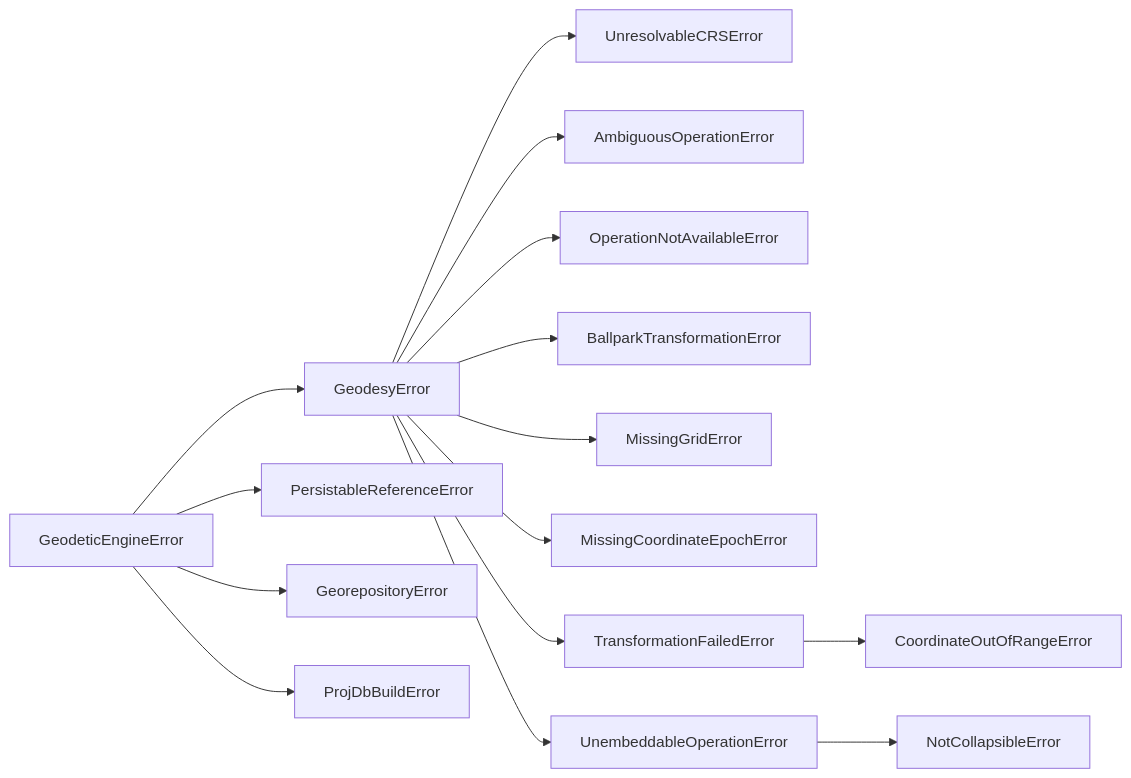
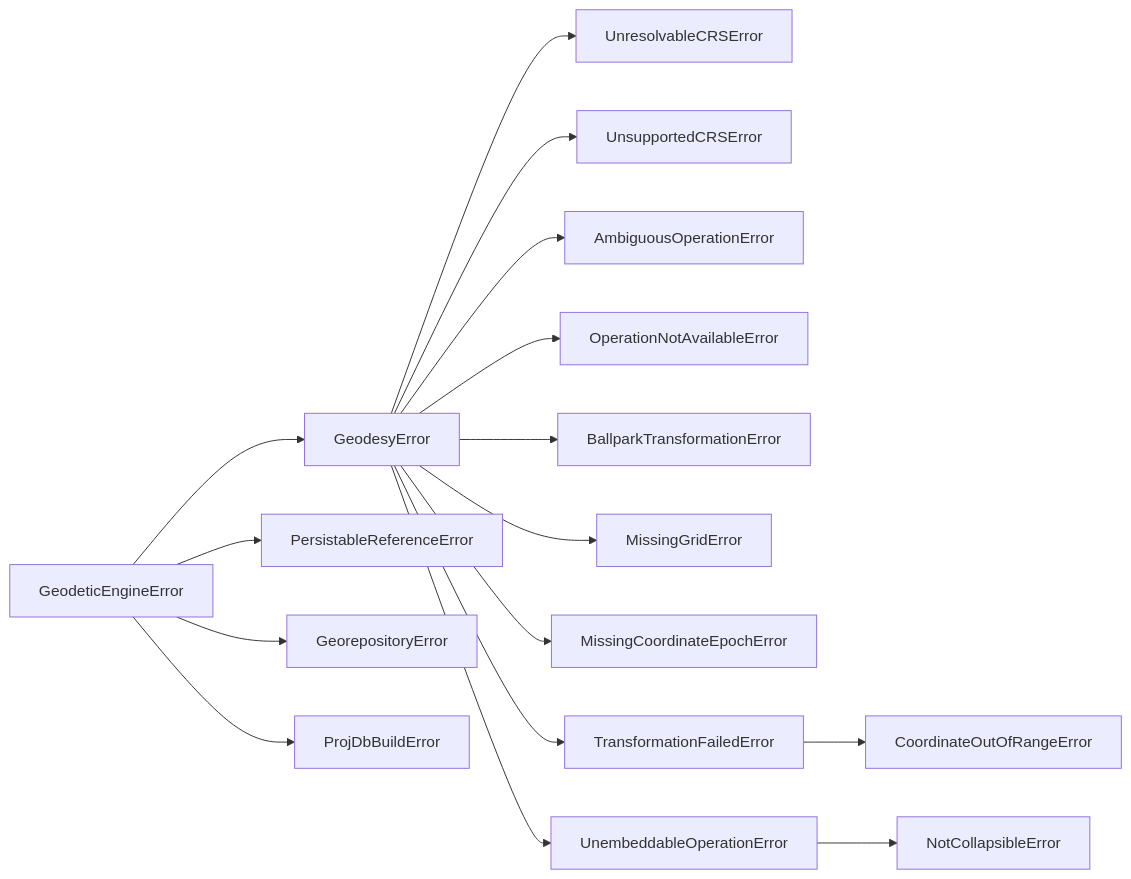
The diagram in docs/user-guide/geodesy/errors.md (equinor/geodetic-engine), drawn with Mermaid before and after one commit. The commit also changed other lines of this file and 80 other files, not shown here.

````diff
--- a/docs/user-guide/geodesy/errors.md
+++ b/docs/user-guide/geodesy/errors.md
@@ -23,17 +23,18 @@
 ```mermaid
 flowchart LR
     GE[GeodeticEngineError] --> GD[GeodesyError]
     GE --> PR[PersistableReferenceError]
     GE --> GR[GeorepositoryError]
     GE --> PB[ProjDbBuildError]
     GD --> U[UnresolvableCRSError]
+    GD --> UC[UnsupportedCRSError]
     GD --> A[AmbiguousOperationError]
     GD --> N[OperationNotAvailableError]
     GD --> B[BallparkTransformationError]
     GD --> G[MissingGridError]
     GD --> E[MissingCoordinateEpochError]
     GD --> T[TransformationFailedError]
     T --> R[CoordinateOutOfRangeError]
     GD --> UE[UnembeddableOperationError]
     UE --> NC[NotCollapsibleError]
 ```
````
